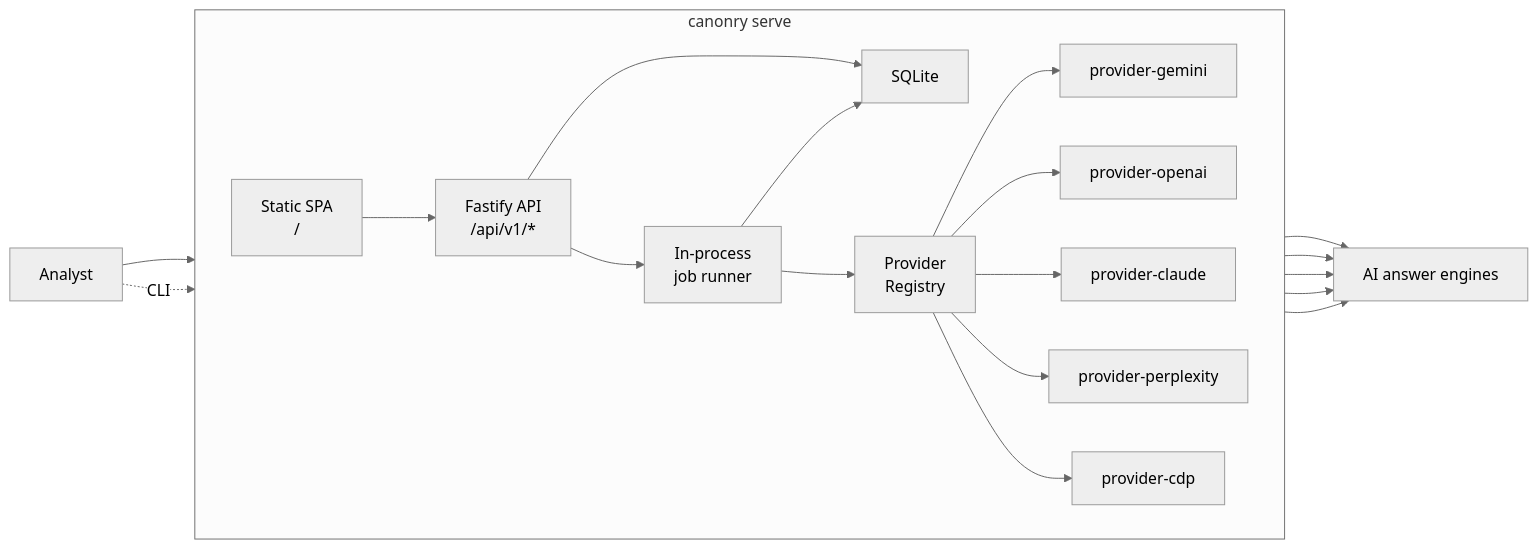
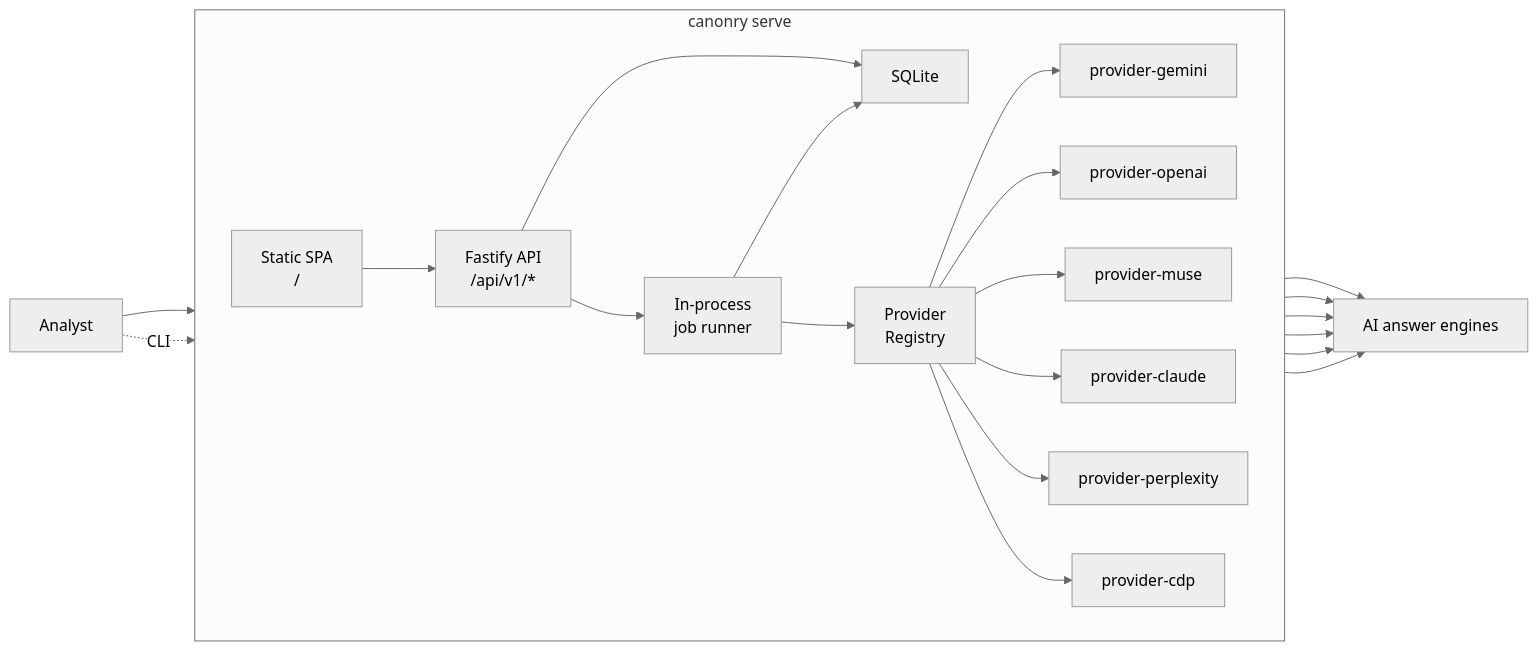
The first of 3 diagrams in docs/architecture.md (Canonry/canonry), drawn with Mermaid (neutral theme) before and after one commit. The commit also changed other lines of this file and 64 other files, not shown here.

Commit message:
feat: add Meta Muse web search provider

````diff
--- a/docs/architecture.md
+++ b/docs/architecture.md
@@ -13,27 +13,29 @@
 ```mermaid
 flowchart LR
   User["Analyst"]
   Target["AI answer engines"]
 
   subgraph Process["canonry serve"]
     direction LR
     SPA["Static SPA<br/>/"] --> API["Fastify API<br/>/api/v1/*"]
     API --> JobRunner["In-process<br/>job runner"]
     API --> SQLite["SQLite"]
     JobRunner --> Registry["Provider<br/>Registry"]
     Registry --> Gemini["provider-gemini"]
     Registry --> OpenAI["provider-openai"]
+    Registry --> Muse["provider-muse"]
     Registry --> Claude["provider-claude"]
     Registry --> Perplexity["provider-perplexity"]
     Registry --> CDP["provider-cdp"]
     JobRunner --> SQLite
   end
 
   User --> SPA
   User -. CLI .-> API
   Gemini --> Target
   OpenAI --> Target
+  Muse --> Target
   Claude --> Target
   Perplexity --> Target
   CDP --> Target
 ```
````
